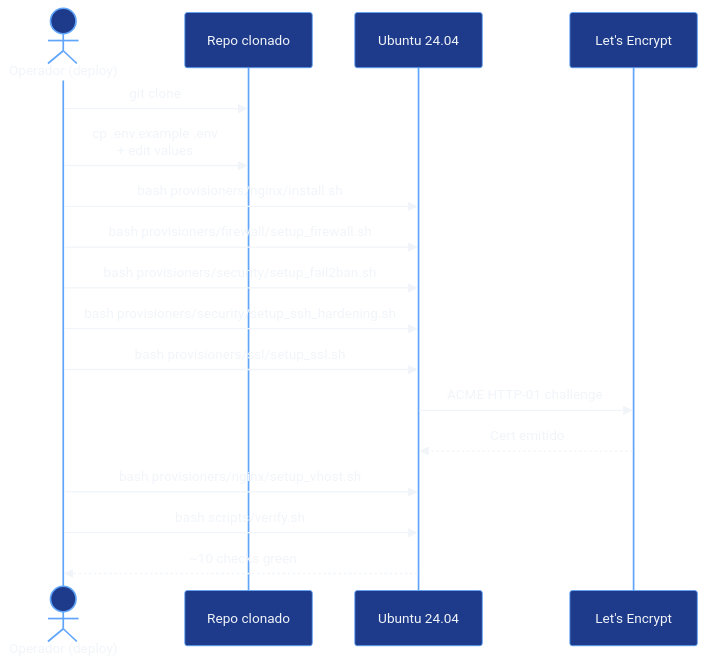
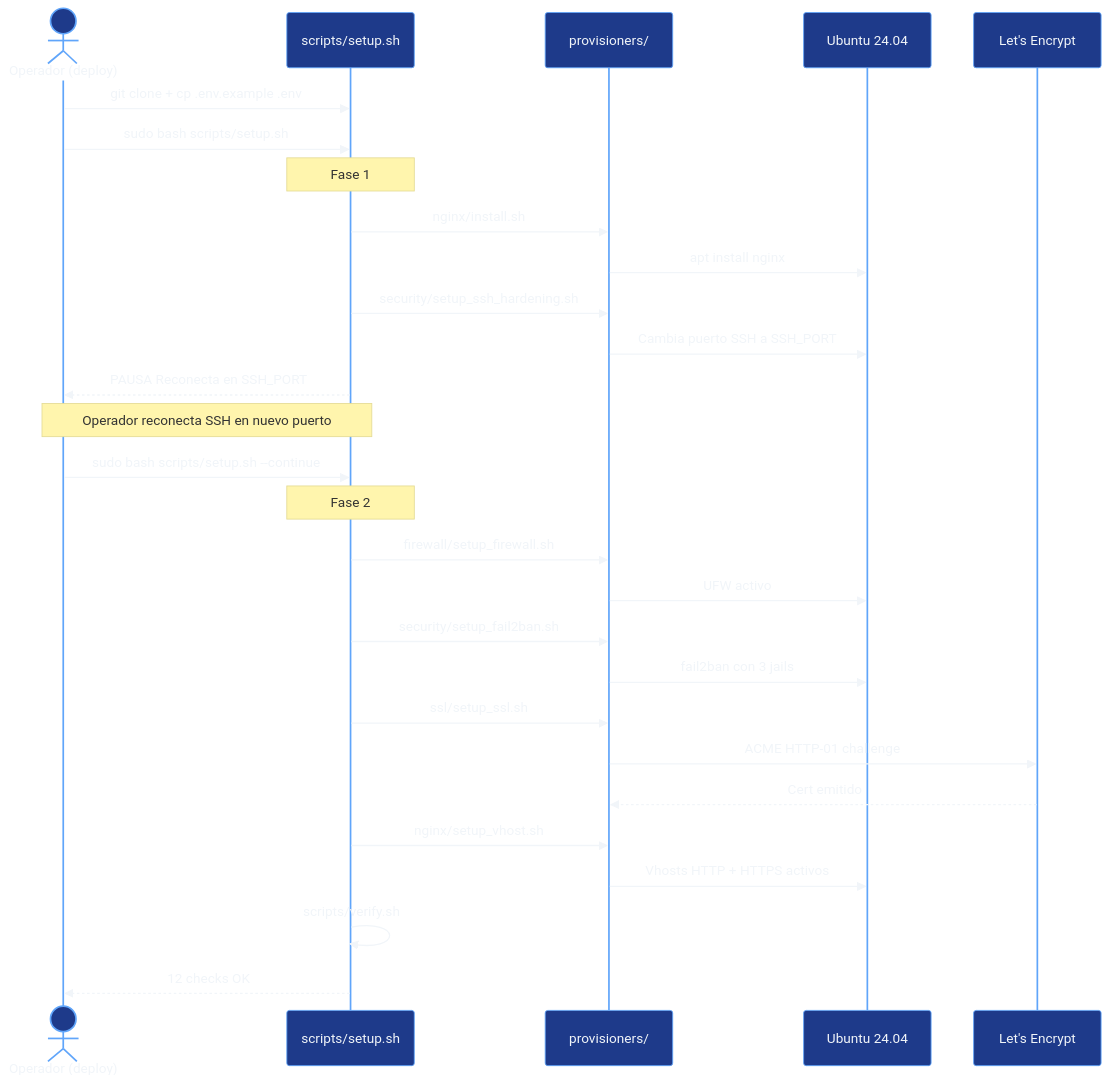
Before and after one commit to jcg-admin/template-ecommerce-server: the third of 5 diagrams in docs/arquitectura.md, drawn with Mermaid. The commit also changed other lines of this file and 3 other files, not shown here.

````diff
--- a/docs/arquitectura.md
+++ b/docs/arquitectura.md
@@ -176,32 +176,45 @@
 ```mermaid
 %%{init: {'theme':'base', 'themeVariables': {
   'background': '#0f172a',
   'primaryColor': '#1e293b',
   'primaryTextColor': '#f1f5f9',
   'primaryBorderColor': '#94a3b8',
   'lineColor': '#cbd5e1',
   'secondaryColor': '#334155',
   'actorBorder': '#60a5fa',
   'actorBkg': '#1e3a8a',
   'actorTextColor': '#f1f5f9',
   'fontSize': '13px'
 }}}%%
 sequenceDiagram
     actor Operador_deploy as Operador (deploy)
-    participant Repositorio_clonado as Repo clonado
+    participant Script_setup as scripts/setup.sh
+    participant Provisioners as provisioners/
     participant Sistema_Ubuntu as Ubuntu 24.04
     participant Lets_Encrypt_CA as Let's Encrypt
 
-    Operador_deploy->>Repositorio_clonado: git clone
-    Operador_deploy->>Repositorio_clonado: cp .env.example .env<br/>+ edit values
-    Operador_deploy->>Sistema_Ubuntu: bash provisioners/nginx/install.sh
-    Operador_deploy->>Sistema_Ubuntu: bash provisioners/firewall/setup_firewall.sh
-    Operador_deploy->>Sistema_Ubuntu: bash provisioners/security/setup_fail2ban.sh
-    Operador_deploy->>Sistema_Ubuntu: bash provisioners/security/setup_ssh_hardening.sh
-    Operador_deploy->>Sistema_Ubuntu: bash provisioners/ssl/setup_ssl.sh
-    Sistema_Ubuntu->>Lets_Encrypt_CA: ACME HTTP-01 challenge
-    Lets_Encrypt_CA-->>Sistema_Ubuntu: Cert emitido
-    Operador_deploy->>Sistema_Ubuntu: bash provisioners/nginx/setup_vhost.sh
-    Operador_deploy->>Sistema_Ubuntu: bash scripts/verify.sh
-    Sistema_Ubuntu-->>Operador_deploy: ~10 checks green
+    Operador_deploy->>Script_setup: git clone + cp .env.example .env
+    Operador_deploy->>Script_setup: sudo bash scripts/setup.sh
+    Note over Script_setup: Fase 1
+    Script_setup->>Provisioners: nginx/install.sh
+    Provisioners->>Sistema_Ubuntu: apt install nginx
+    Script_setup->>Provisioners: security/setup_ssh_hardening.sh
+    Provisioners->>Sistema_Ubuntu: Cambia puerto SSH a SSH_PORT
+    Script_setup-->>Operador_deploy: PAUSA Reconecta en SSH_PORT
+
+    Note over Operador_deploy,Script_setup: Operador reconecta SSH en nuevo puerto
+
+    Operador_deploy->>Script_setup: sudo bash scripts/setup.sh --continue
+    Note over Script_setup: Fase 2
+    Script_setup->>Provisioners: firewall/setup_firewall.sh
+    Provisioners->>Sistema_Ubuntu: UFW activo
+    Script_setup->>Provisioners: security/setup_fail2ban.sh
+    Provisioners->>Sistema_Ubuntu: fail2ban con 3 jails
+    Script_setup->>Provisioners: ssl/setup_ssl.sh
+    Provisioners->>Lets_Encrypt_CA: ACME HTTP-01 challenge
+    Lets_Encrypt_CA-->>Provisioners: Cert emitido
+    Script_setup->>Provisioners: nginx/setup_vhost.sh
+    Provisioners->>Sistema_Ubuntu: Vhosts HTTP + HTTPS activos
+    Script_setup->>Script_setup: scripts/verify.sh
+    Script_setup-->>Operador_deploy: 12 checks OK
 ```
````
